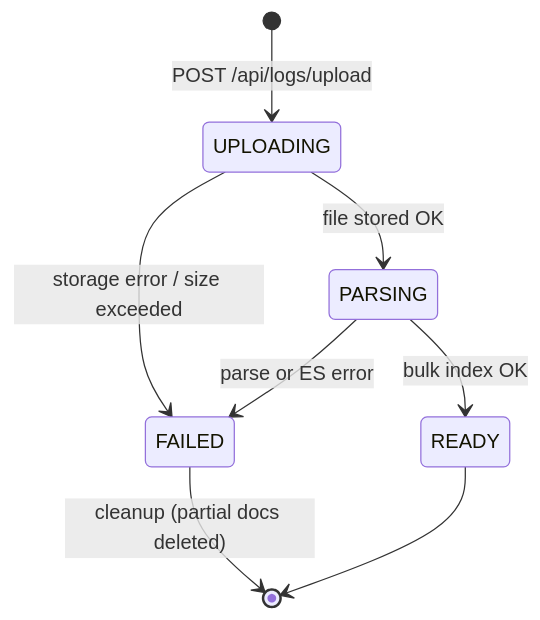
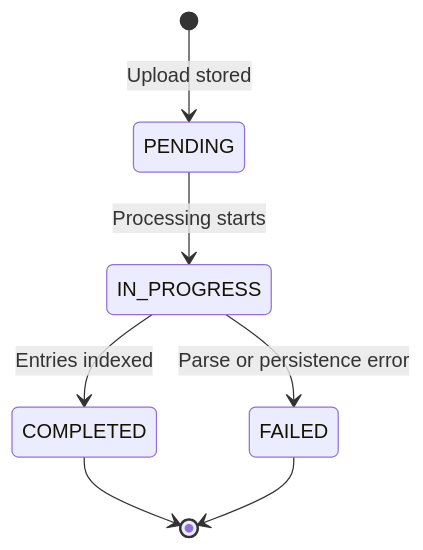
One commit to Ashutosh730/parser changed the third of 5 diagrams in README.md. Above: the diagram before and after it, drawn with Mermaid. The commit also changed other lines of this file and 1 other file, not shown here.

Commit message:
docs: add README for Log Analyzer project with detailed features and architecture

````diff
--- a/README.md
+++ b/README.md
@@ -399,10 +141,9 @@
 ```mermaid
 stateDiagram-v2
-    [*] --> UPLOADING: POST /api/logs/upload
-    UPLOADING --> PARSING: file stored OK
-    UPLOADING --> FAILED: storage error / size exceeded
-    PARSING --> READY: bulk index OK
-    PARSING --> FAILED: parse or ES error
-    FAILED --> [*]: cleanup (partial docs deleted)
-    READY --> [*]
+    [*] --> PENDING: Upload stored
+    PENDING --> IN_PROGRESS: Processing starts
+    IN_PROGRESS --> COMPLETED: Entries indexed
+    IN_PROGRESS --> FAILED: Parse or persistence error
+    COMPLETED --> [*]
+    FAILED --> [*]
 ```
````
